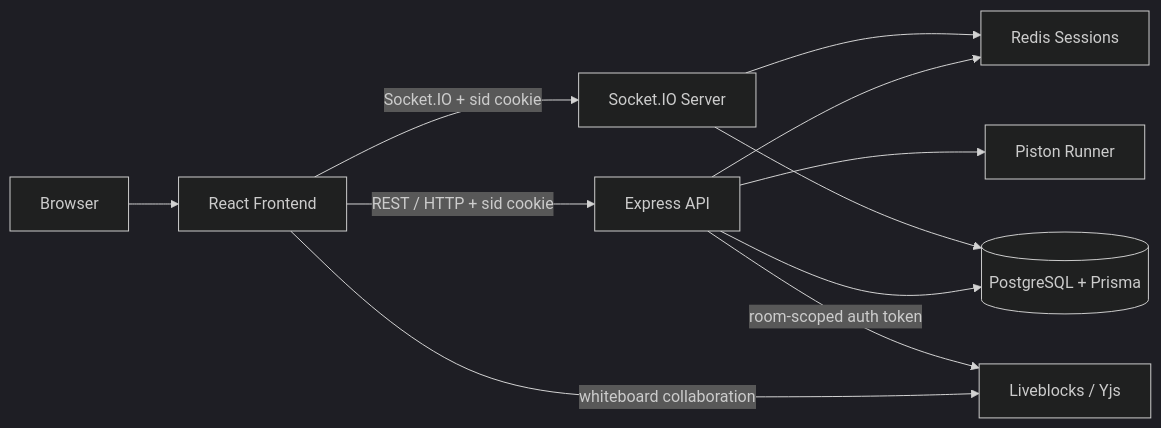
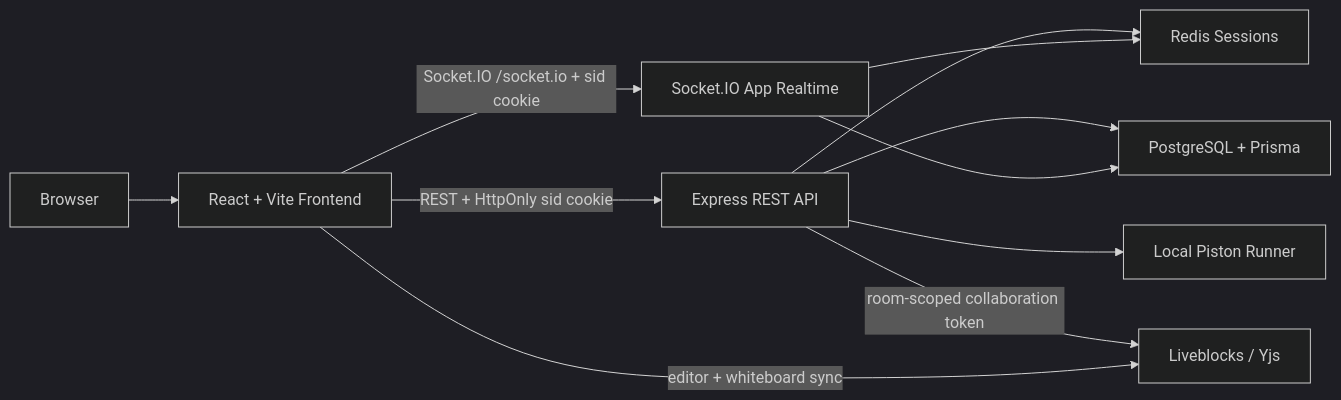
Before and after one commit to ANUKOOL324/StarSync: the first of 2 diagrams in README.md, drawn with Mermaid (dark theme). The commit also changed other lines of this file, not shown here.

````diff
--- a/README.md
+++ b/README.md
@@ -37,22 +74,22 @@
 ```mermaid
 flowchart LR
-  Browser[Browser]
-  Frontend[React Frontend]
-  API[Express API]
-  Realtime[Socket.IO Server]
-  Sessions[Redis Sessions]
-  DB[(PostgreSQL + Prisma)]
-  Piston[Piston Runner]
-  Liveblocks[Liveblocks / Yjs]
+  Browser["Browser"]
+  Frontend["React + Vite Frontend"]
+  REST["Express REST API"]
+  SocketIO["Socket.IO App Realtime"]
+  Redis["Redis Sessions"]
+  Postgres["PostgreSQL + Prisma"]
+  Piston["Local Piston Runner"]
+  Liveblocks["Liveblocks / Yjs"]
 
   Browser --> Frontend
-  Frontend -->|REST / HTTP + sid cookie| API
-  Frontend -->|Socket.IO + sid cookie| Realtime
-  Frontend -->|whiteboard collaboration| Liveblocks
-  API --> Sessions
-  Realtime --> Sessions
-  API --> DB
-  Realtime --> DB
-  API --> Piston
-  API -->|room-scoped auth token| Liveblocks
+  Frontend -->|"REST + HttpOnly sid cookie"| REST
+  Frontend -->|"Socket.IO /socket.io + sid cookie"| SocketIO
+  REST --> Redis
+  SocketIO --> Redis
+  REST --> Postgres
+  SocketIO --> Postgres
+  REST --> Piston
+  REST -->|"room-scoped collaboration token"| Liveblocks
+  Frontend -->|"editor + whiteboard sync"| Liveblocks
 ```
````
